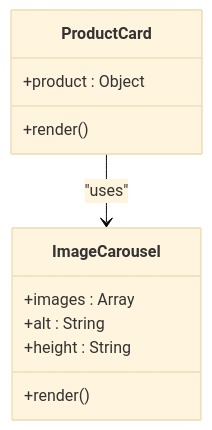
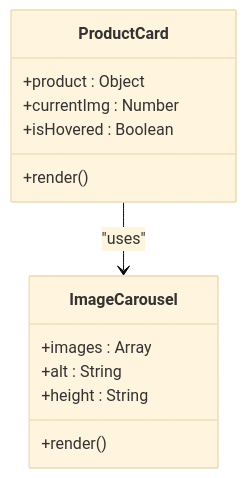
The eighth of 9 diagrams in .qoder/repowiki/en/content/Shopping Experience/Shopping Experience.md (Pavan-PSPK9032/TrendsandToss), drawn with Mermaid (base theme) before and after one commit. The commit also changed other lines of this file and 9 other files, not shown here.

````diff
--- a/.qoder/repowiki/en/content/Shopping Experience/Shopping Experience.md
+++ b/.qoder/repowiki/en/content/Shopping Experience/Shopping Experience.md
@@ -447,14 +481,16 @@
 ```mermaid
 classDiagram
 class ProductCard {
 +product : Object
++currentImg : Number
++isHovered : Boolean
 +render()
 }
 class ImageCarousel {
 +images : Array
 +alt : String
 +height : String
 +render()
 }
 ProductCard --> ImageCarousel : "uses"
 ```
````
